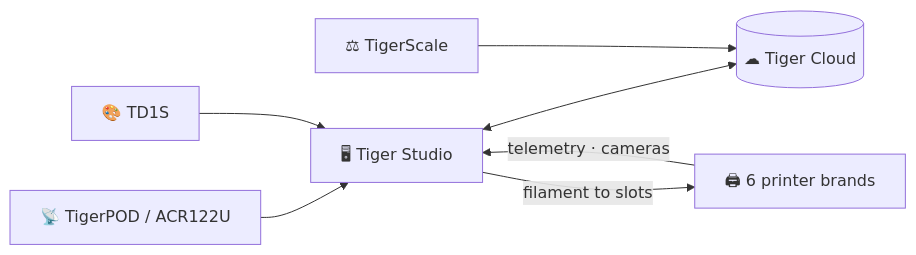
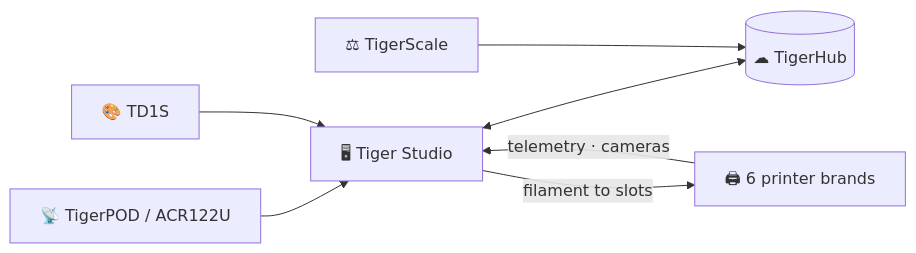
The diagram in docs/products/tiger-studio.md (TigerTag-Project/TigerSystem-Docs), drawn with Mermaid before and after one commit. The commit also changed 23 other files, not shown here.

Commit message:
Fix terminology: the Firebase account backbone is TigerHub (drop the invented 'Tiger Cloud' name, merge the two product pages)

````diff
--- a/docs/products/tiger-studio.md
+++ b/docs/products/tiger-studio.md
@@ -16,9 +16,9 @@
 ```mermaid
 flowchart LR
     RD["📡 TigerPOD / ACR122U"] --> ST["🖥 Tiger Studio"]
     TD["🎨 TD1S"] --> ST
-    ST <--> CLOUD[("☁ Tiger Cloud")]
+    ST <--> CLOUD[("☁ TigerHub")]
     SCALE["⚖ TigerScale"] --> CLOUD
     ST -- "filament to slots" --> PRN["🖨 6 printer brands"]
     PRN -- "telemetry · cameras" --> ST
 ```
````
